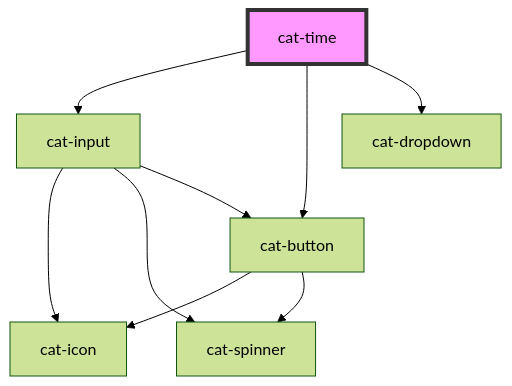
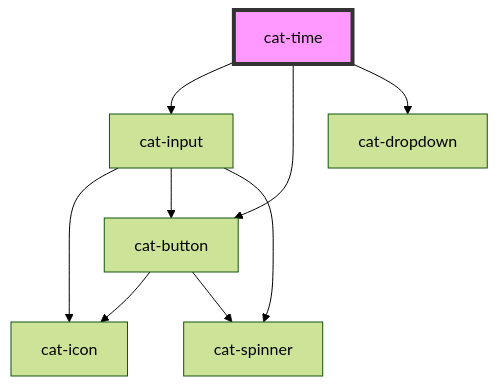
One commit to haiilo/catalyst changed the diagram in core/src/components/cat-time/readme.md. Above: the diagram before and after it, drawn with Mermaid (forest theme). The commit also changed other lines of this file and 13 other files, not shown here.

````diff
--- a/core/src/components/cat-time/readme.md
+++ b/core/src/components/cat-time/readme.md
@@ -118,12 +118,12 @@
 ```mermaid
 graph TD;
   cat-time --> cat-input
   cat-time --> cat-button
   cat-time --> cat-dropdown
   cat-input --> cat-icon
+  cat-input --> cat-button
   cat-input --> cat-spinner
-  cat-input --> cat-button
   cat-button --> cat-icon
   cat-button --> cat-spinner
   style cat-time fill:#f9f,stroke:#333,stroke-width:4px
 ```
````
